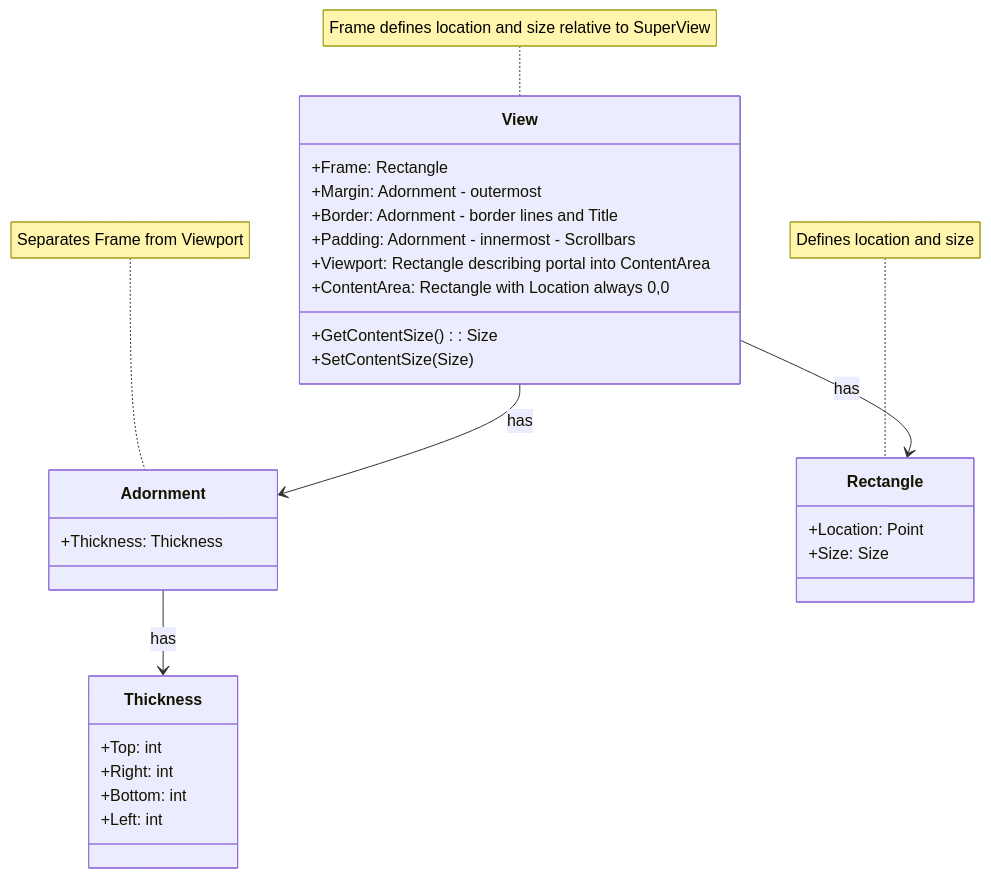
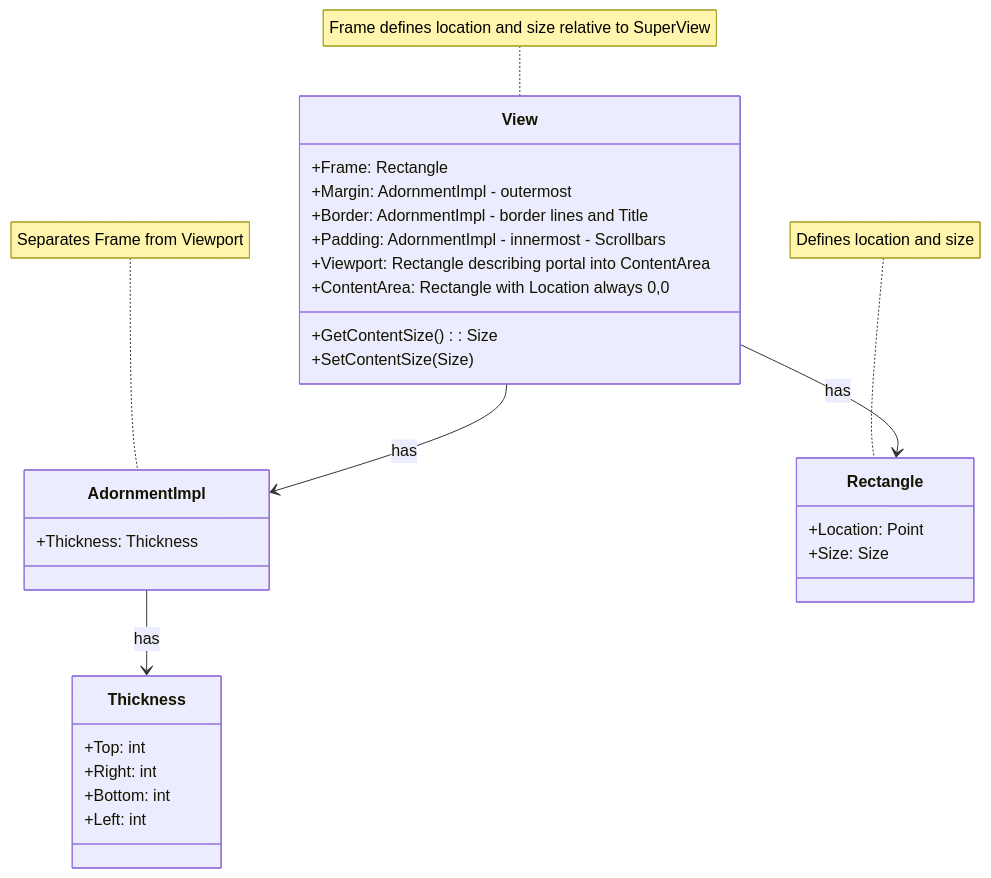
One commit to gui-cs/Terminal.Gui changed the diagram in docfx/includes/view-composition.md. Above: the diagram before and after it, drawn with Mermaid. The commit also changed 12 other files, not shown here.

````diff
--- a/docfx/includes/view-composition.md
+++ b/docfx/includes/view-composition.md
@@ -3,37 +3,37 @@
 ```mermaid
 classDiagram
     class View {
         +Frame: Rectangle
-        +Margin: Adornment - outermost
-        +Border: Adornment - border lines and Title
-        +Padding: Adornment - innermost - Scrollbars
+        +Margin: AdornmentImpl - outermost
+        +Border: AdornmentImpl - border lines and Title
+        +Padding: AdornmentImpl - innermost - Scrollbars
         +Viewport: Rectangle describing portal into ContentArea
         +ContentArea: Rectangle with Location always 0,0
         +GetContentSize(): Size
         +SetContentSize(Size)
     }
 
-    class Adornment {
+    class AdornmentImpl {
         +Thickness: Thickness
     }
 
     class Thickness {
         +Top: int
         +Right: int
         +Bottom: int
         +Left: int
     }
 
     class Rectangle {
         +Location: Point
         +Size: Size
     }
 
-    View --> Adornment : has
-    Adornment --> Thickness : has
+    View --> AdornmentImpl : has
+    AdornmentImpl --> Thickness : has
     View --> Rectangle : has
 
     note for View "Frame defines location and size relative to SuperView"
-    note for Adornment "Separates Frame from Viewport"
+    note for AdornmentImpl "Separates Frame from Viewport"
     note for Rectangle "Defines location and size"
 ```
````
